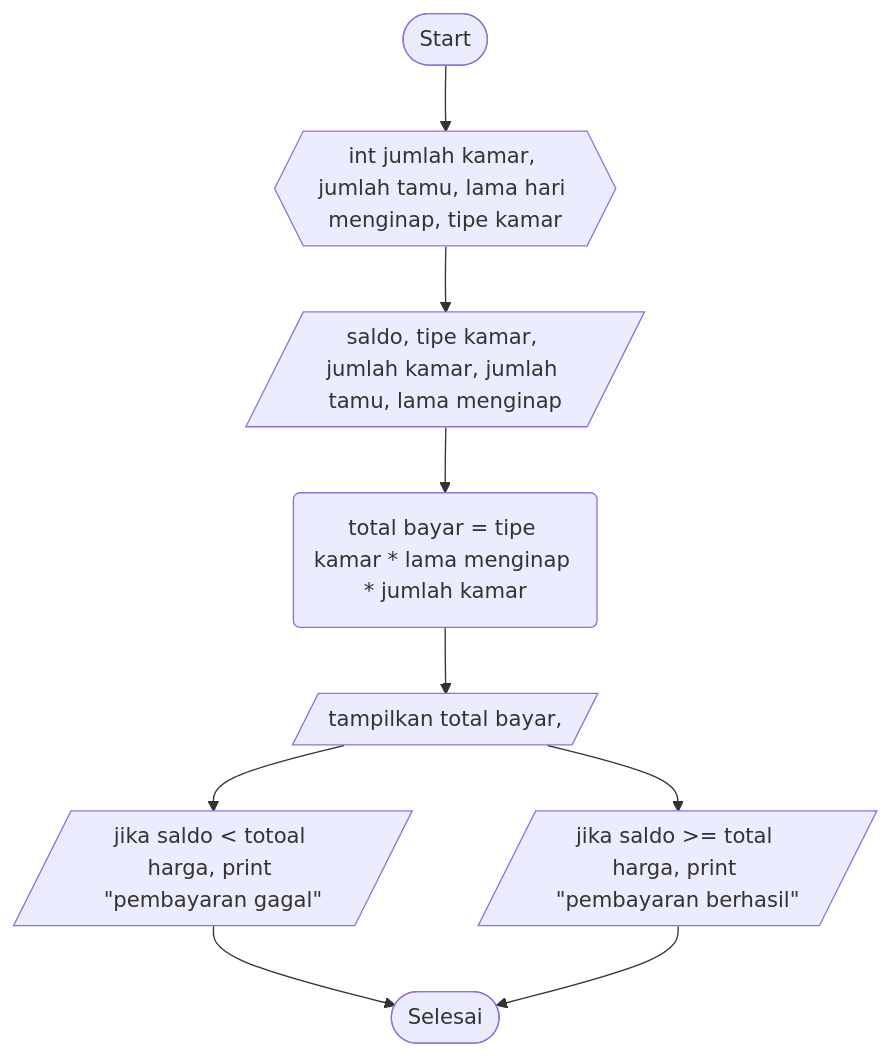
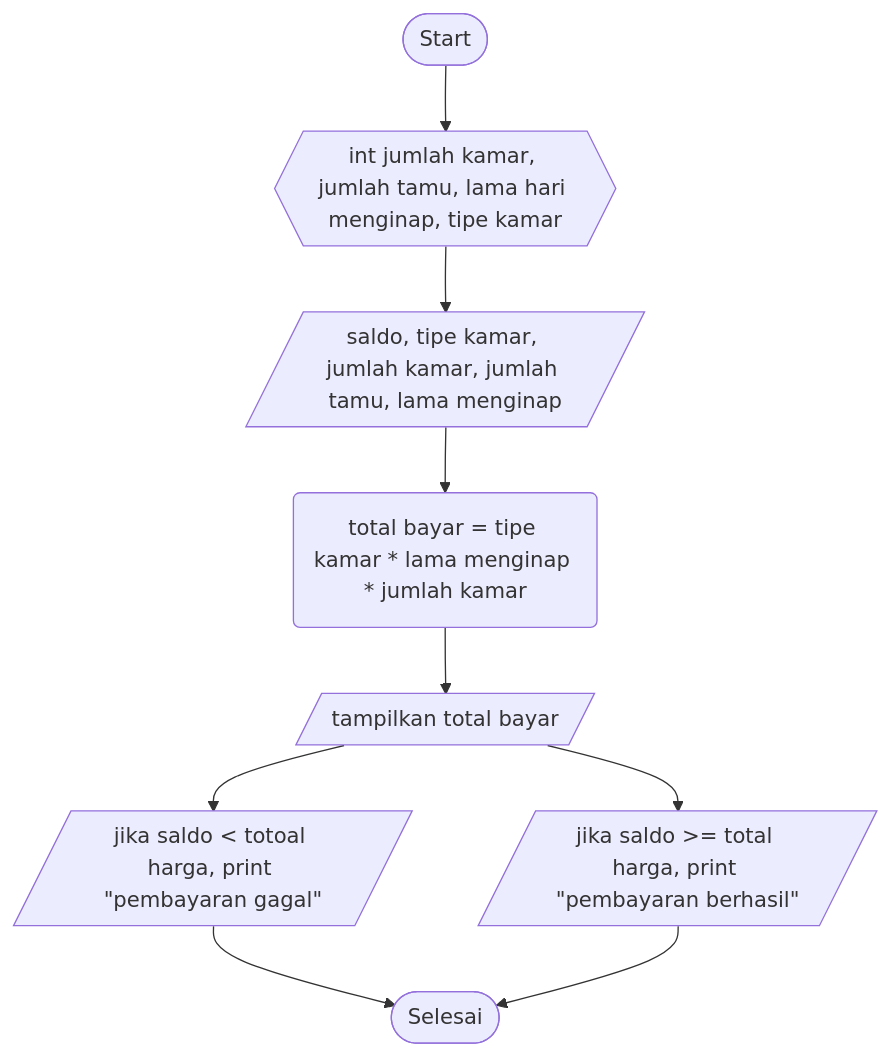
Before and after one commit to SATRIODIANNUGROHO/Sample2.1: the diagram in BookingRuangan.md, drawn with Mermaid.

````diff
--- a/BookingRuangan.md
+++ b/BookingRuangan.md
@@ -1,11 +1,11 @@
 ```mermaid
 flowchart TD;
     A([Start])-->B{{int jumlah kamar, jumlah tamu, lama hari menginap, tipe kamar}};
     B{{int jumlah kamar, jumlah tamu, lama hari menginap, tipe kamar}}-->C[/saldo, tipe kamar, jumlah kamar, jumlah tamu, lama menginap/];
     C[/saldo, tipe kamar, jumlah kamar, jumlah tamu, lama menginap/]-->D(total bayar = tipe kamar * lama menginap * jumlah kamar);
-    D(total bayar = tipe kamar * lama menginap * jumlah kamar)-->E[/tampilkan total bayar,/];
-    E[/tampilkan total bayar,/]-->F[/jika saldo kurang dari totoal harga, print "pembayaran gagal"/];
-    E[/tampilkan total bayar,/]-->G[/jika saldo lebih dari atau sama dengan total harga, print "pembayaran berhasil"/];
+    D(total bayar = tipe kamar * lama menginap * jumlah kamar)-->E[/tampilkan total bayar/];
+    E[/tampilkan total bayar/]-->F[/jika saldo kurang dari totoal harga, print "pembayaran gagal"/];
+    E[/tampilkan total bayar/]-->G[/jika saldo lebih dari atau sama dengan total harga, print "pembayaran berhasil"/];
     F[/jika saldo < totoal harga, print "pembayaran gagal"/]-->H([Selesai]);
     G[/jika saldo >= total harga, print "pembayaran berhasil"/]-->H([Selesai]);
 ```
````
